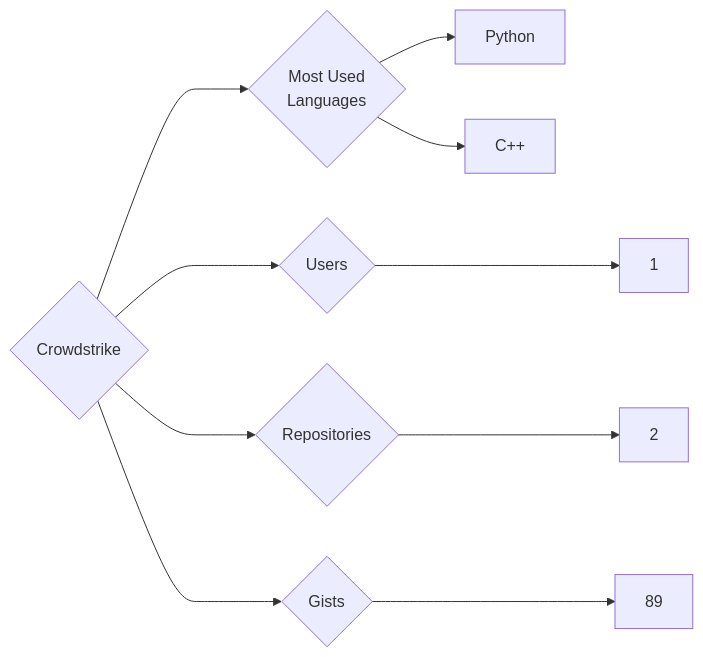
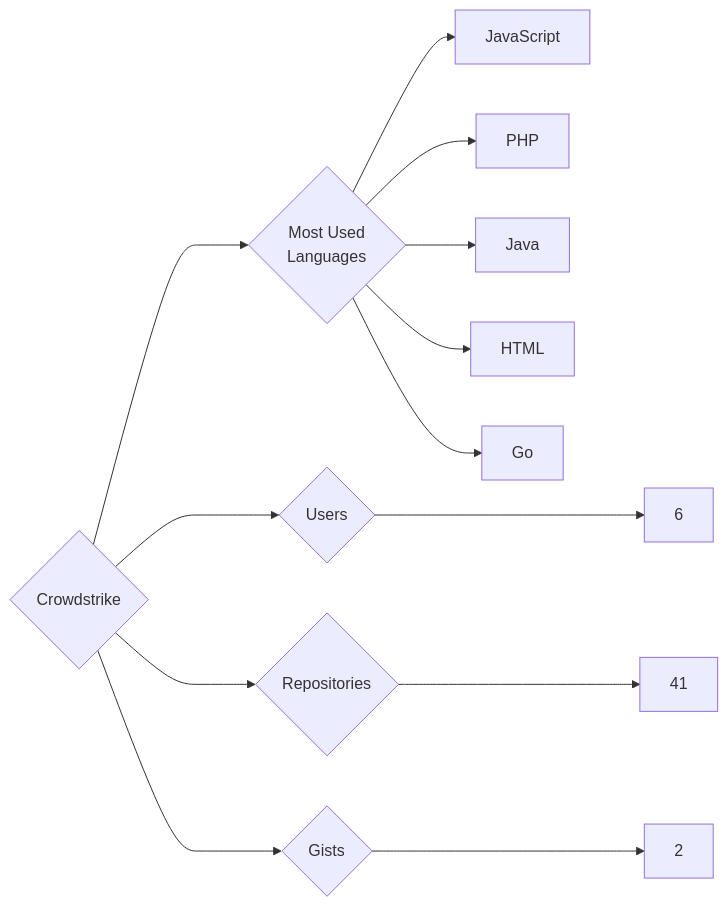
One commit to trickest/insiders changed the diagram in targets/Crowdstrike/README.md. Above: the diagram before and after it, drawn with Mermaid. The commit also changed 1166 other files, not shown here.

````diff
--- a/targets/Crowdstrike/README.md
+++ b/targets/Crowdstrike/README.md
@@ -3,10 +3,13 @@
 ```mermaid
 graph LR
 COMPANY_NAME{Crowdstrike}
-COMPANY_NAME ---> U{Users} ---> UN[1]
-COMPANY_NAME ---> R{Repositories} ---> RN[2]
-COMPANY_NAME ---> G{Gists} ---> GN[89]
+COMPANY_NAME ---> U{Users} ---> UN[6]
+COMPANY_NAME ---> R{Repositories} ---> RN[41]
+COMPANY_NAME ---> G{Gists} ---> GN[2]
 COMPANY_NAME ---> ML{Most Used<br>Languages}
-ML --> Python[Python]
-ML --> C++[C++]
+ML --> JavaScript[JavaScript]
+ML --> PHP[PHP]
+ML --> Java[Java]
+ML --> HTML[HTML]
+ML --> Go[Go]
 ```
````
